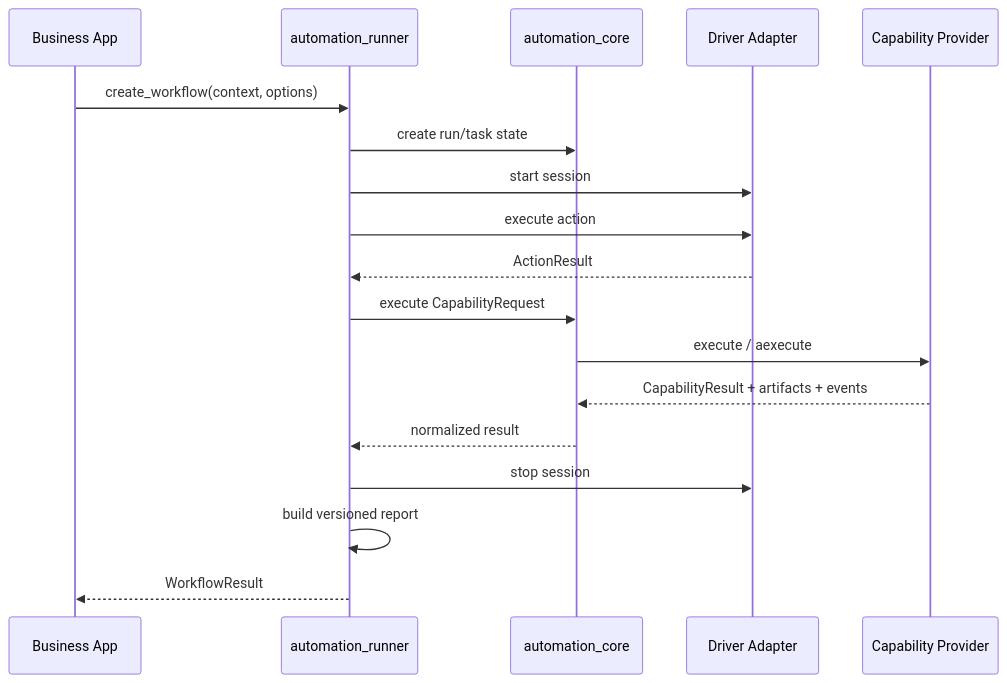
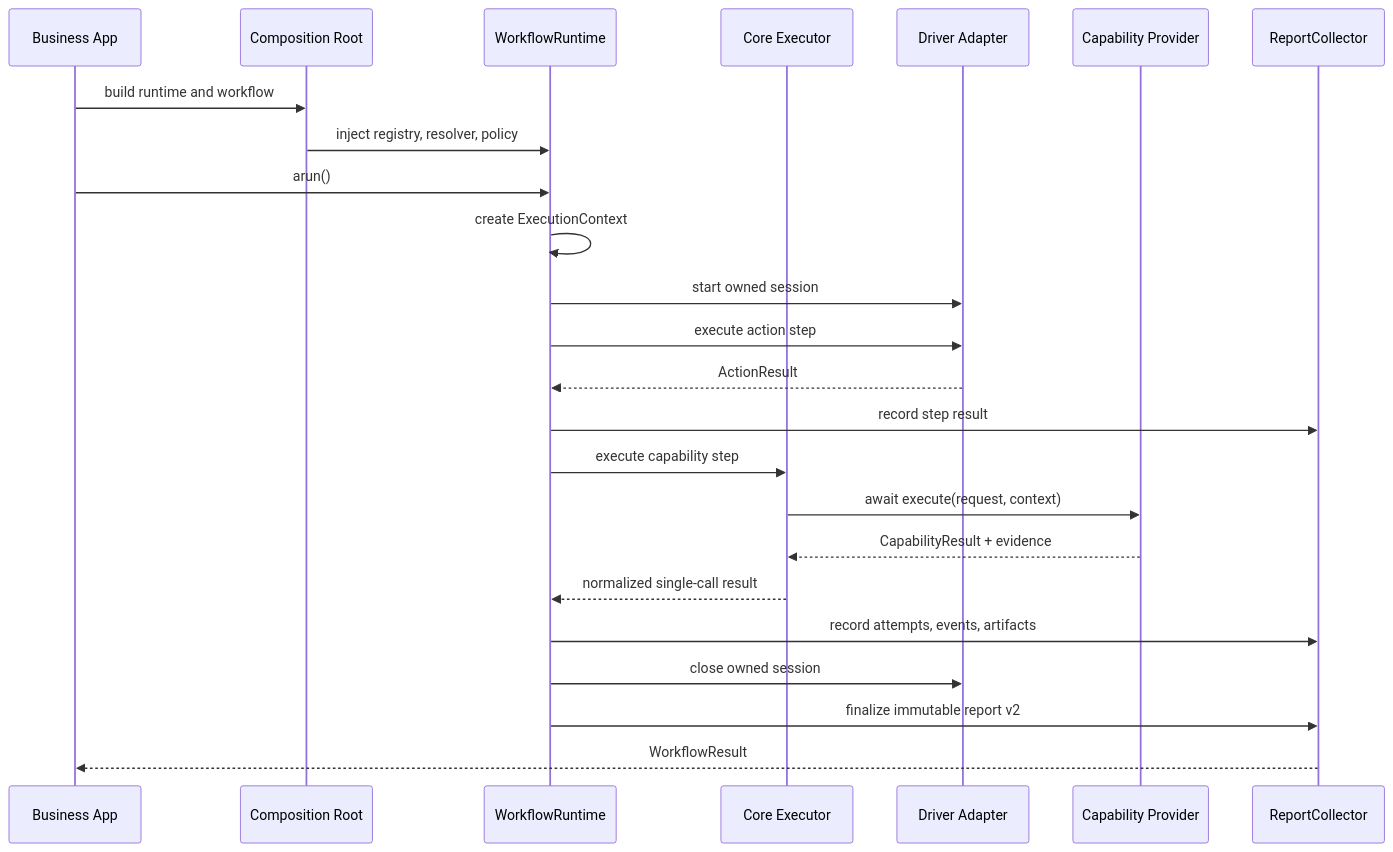
Before and after one commit to dengyie/automation-kit: the second of 2 diagrams in docs/development.md, drawn with Mermaid. The commit also changed other lines of this file, not shown here.

Commit message:
docs: formalize local sdk architecture

````diff
--- a/docs/development.md
+++ b/docs/development.md
@@ -252,21 +405,27 @@
 ```mermaid
 sequenceDiagram
     participant App as Business App
-    participant Runner as automation_runner
-    participant Core as automation_core
+    participant Root as Composition Root
+    participant Runtime as WorkflowRuntime
+    participant Core as Core Executor
     participant Adapter as Driver Adapter
     participant Cap as Capability Provider
+    participant Report as ReportCollector
 
-    App->>Runner: create_workflow(context, options)
-    Runner->>Core: create run/task state
-    Runner->>Adapter: start session
-    Runner->>Adapter: execute action
-    Adapter-->>Runner: ActionResult
-    Runner->>Core: execute CapabilityRequest
-    Core->>Cap: execute / aexecute
-    Cap-->>Core: CapabilityResult + artifacts + events
-    Core-->>Runner: normalized result
-    Runner->>Adapter: stop session
-    Runner->>Runner: build versioned report
-    Runner-->>App: WorkflowResult
+    App->>Root: build runtime and workflow
+    Root->>Runtime: inject registry, resolver, policy
+    App->>Runtime: arun()
+    Runtime->>Runtime: create ExecutionContext
+    Runtime->>Adapter: start owned session
+    Runtime->>Adapter: execute action step
+    Adapter-->>Runtime: ActionResult
+    Runtime->>Report: record step result
+    Runtime->>Core: execute capability step
+    Core->>Cap: await execute(request, context)
+    Cap-->>Core: CapabilityResult + evidence
+    Core-->>Runtime: normalized single-call result
+    Runtime->>Report: record attempts, events, artifacts
+    Runtime->>Adapter: close owned session
+    Runtime->>Report: finalize immutable report v2
+    Report-->>App: WorkflowResult
 ```
````
